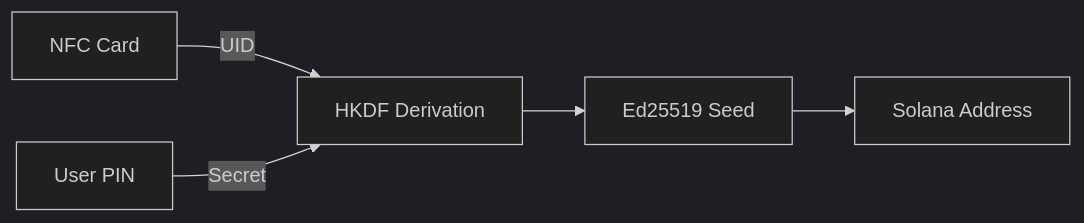
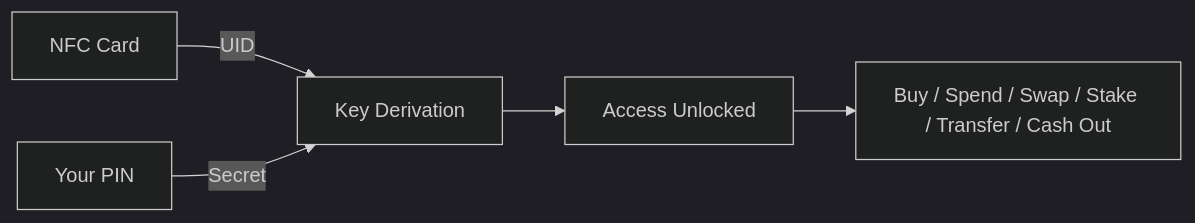
Before and after one commit to Griplock-Labs/docs: the diagram in introduction.mdx, drawn with Mermaid (dark theme). The commit also changed other lines of this file and 3 other files, not shown here.

````diff
--- a/introduction.mdx
+++ b/introduction.mdx
@@ -34,7 +58,7 @@
 ```mermaid
 flowchart LR
-    A[NFC Card] -->|UID| C[HKDF Derivation]
-    B[User PIN] -->|Secret| C
-    C --> D[Ed25519 Seed]
-    D --> E[Solana Address]
+    A[NFC Card] -->|UID| C[Key Derivation]
+    B[Your PIN] -->|Secret| C
+    C --> D[Access Unlocked]
+    D --> E[Buy / Spend / Swap / Stake / Transfer / Cash Out]
 ```
````
